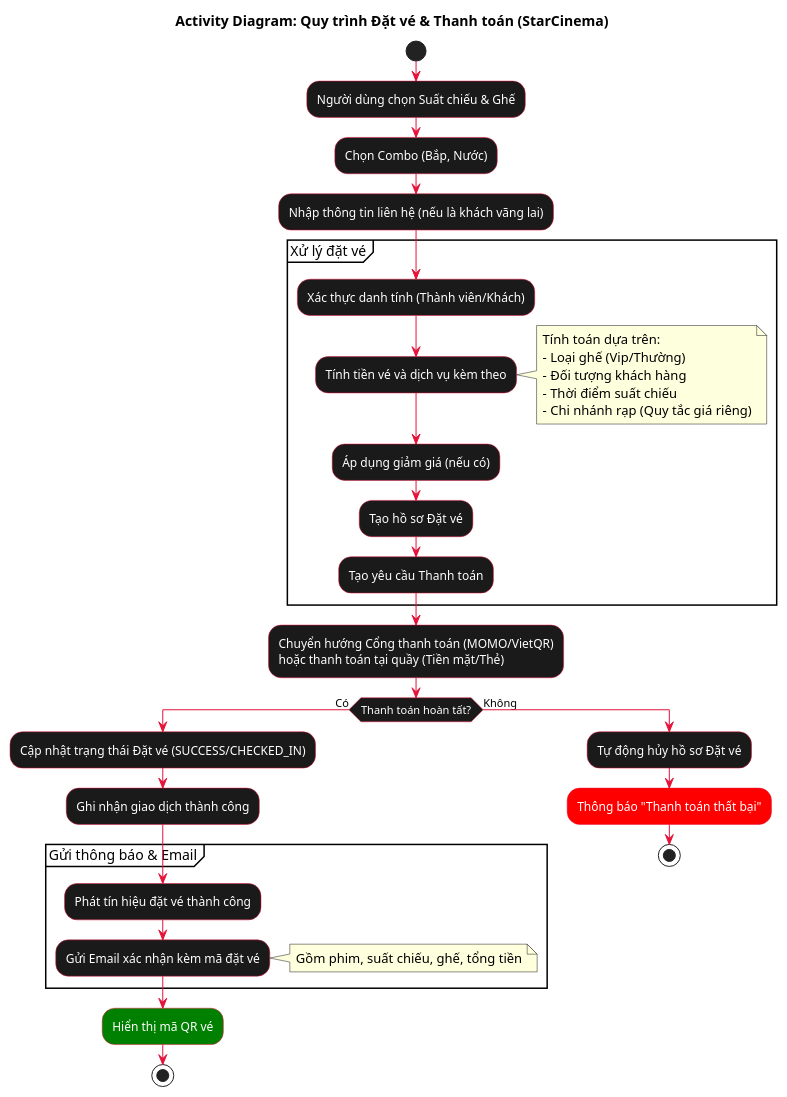
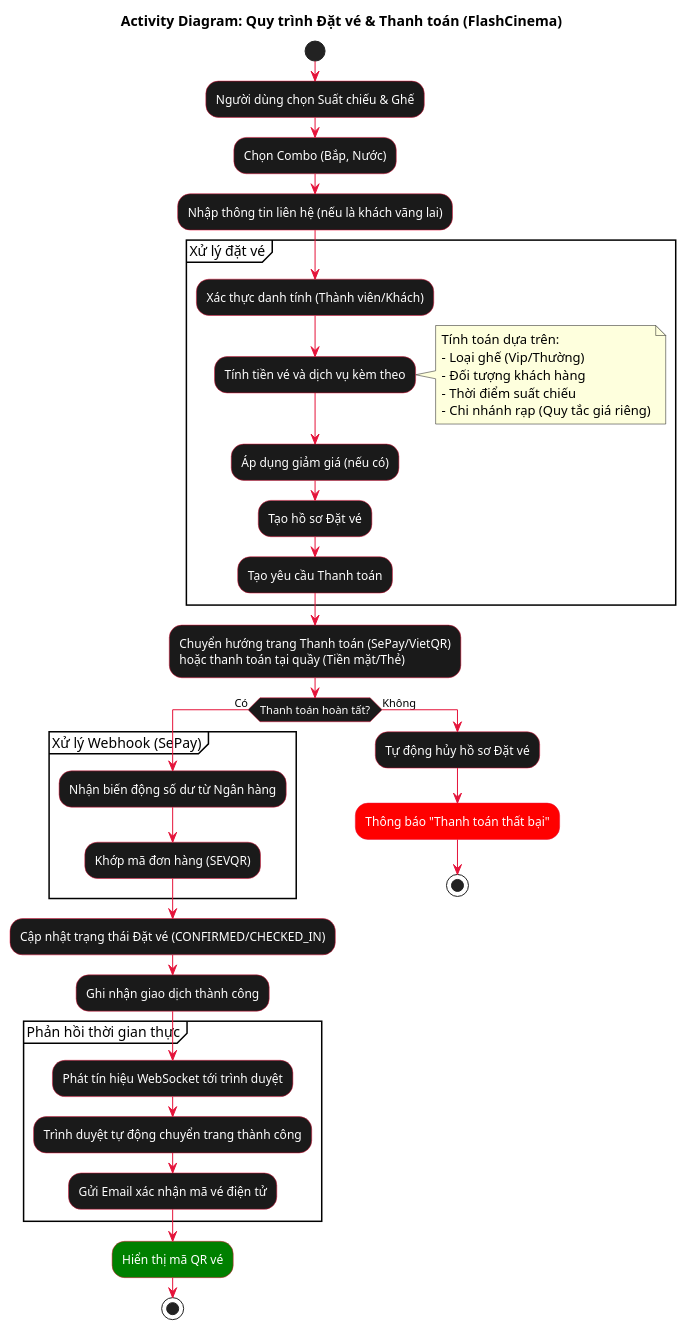
One commit to vothnha26/Cinema-Management-System changed the diagram in report/2.0-Yêu cầu nghiệp vụ/2.2-Phân tích hệ thống (UML Diagrams)/2.2.3. Sơ đồ Activity/booking_payment_activity.puml. Above: the diagram before and after it, drawn with PlantUML. The commit also changed 50 other files, not shown here.

```diff
--- a/report/2.0-Yêu cầu nghiệp vụ/2.2-Phân tích hệ thống (UML Diagrams)/2.2.3. Sơ đồ Activity/booking_payment_activity.puml
+++ b/report/2.0-Yêu cầu nghiệp vụ/2.2-Phân tích hệ thống (UML Diagrams)/2.2.3. Sơ đồ Activity/booking_payment_activity.puml
@@ -1,53 +1,57 @@
 @startuml booking_payment_activity
 skinparam backgroundColor #FFFFFF
 skinparam activity {
   BackgroundColor #1A1A1A
   BorderColor #E5133A
   FontColor #FFFFFF
   ArrowColor #E5133A
 }
 
-title Activity Diagram: Quy trình Đặt vé & Thanh toán (StarCinema)
+title Activity Diagram: Quy trình Đặt vé & Thanh toán (FlashCinema)
 
 start
 :Người dùng chọn Suất chiếu & Ghế;
 :Chọn Combo (Bắp, Nước);
 :Nhập thông tin liên hệ (nếu là khách vãng lai);
 
 partition "Xử lý đặt vé" {
   :Xác thực danh tính (Thành viên/Khách);
   :Tính tiền vé và dịch vụ kèm theo;
   note right
     Tính toán dựa trên:
     - Loại ghế (Vip/Thường)
     - Đối tượng khách hàng
     - Thời điểm suất chiếu
     - Chi nhánh rạp (Quy tắc giá riêng)
   end note
   
   :Áp dụng giảm giá (nếu có);
   :Tạo hồ sơ Đặt vé;
   :Tạo yêu cầu Thanh toán;
 }
 
-:Chuyển hướng Cổng thanh toán (MOMO/VietQR)\nhoặc thanh toán tại quầy (Tiền mặt/Thẻ);
+:Chuyển hướng trang Thanh toán (SePay/VietQR)\nhoặc thanh toán tại quầy (Tiền mặt/Thẻ);
 
 if (Thanh toán hoàn tất?) then (Có)
-  :Cập nhật trạng thái Đặt vé (SUCCESS/CHECKED_IN);
+  partition "Xử lý Webhook (SePay)" {
+    :Nhận biến động số dư từ Ngân hàng;
+    :Khớp mã đơn hàng (SEVQR);
+  }
+  :Cập nhật trạng thái Đặt vé (CONFIRMED/CHECKED_IN);
   :Ghi nhận giao dịch thành công;
   
-  partition "Gửi thông báo & Email" {
-    :Phát tín hiệu đặt vé thành công;
-    :Gửi Email xác nhận kèm mã đặt vé;
-    note right: Gồm phim, suất chiếu, ghế, tổng tiền
+  partition "Phản hồi thời gian thực" {
+    :Phát tín hiệu WebSocket tới trình duyệt;
+    :Trình duyệt tự động chuyển trang thành công;
+    :Gửi Email xác nhận mã vé điện tử;
   }
   
   #Green:Hiển thị mã QR vé;
   stop
 else (Không)
   :Tự động hủy hồ sơ Đặt vé;
   #Red:Thông báo "Thanh toán thất bại";
   stop
 endif
 
 @enduml
```
